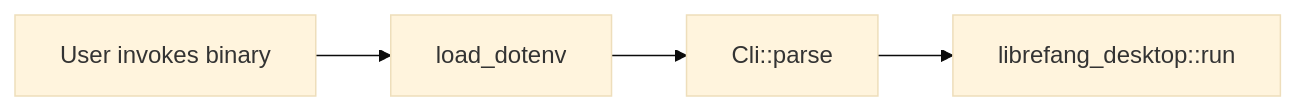
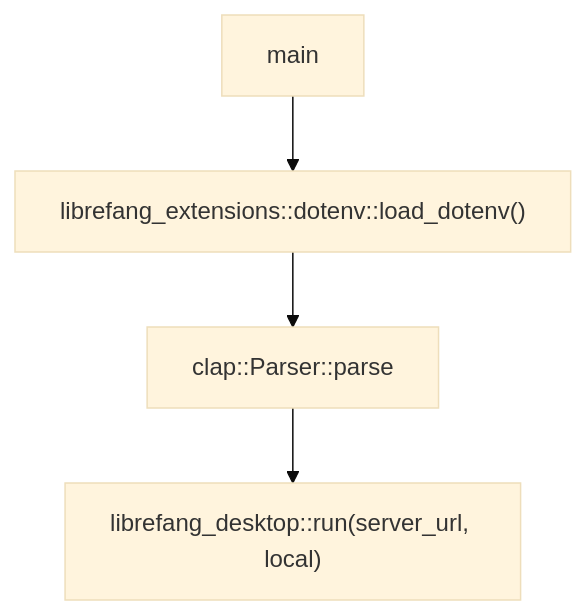
Before and after one commit to leszek3737/librefang-WIki: the diagram in other-librefang-desktop-src.md, drawn with Mermaid (base theme). The commit also changed other lines of this file and 125 other files, not shown here.

````diff
--- a/other-librefang-desktop-src.md
+++ b/other-librefang-desktop-src.md
@@ -11,6 +17,6 @@
 ```mermaid
-flowchart LR
-    A[User invokes binary] --> B[load_dotenv]
-    B --> C[Cli::parse]
-    C --> D[librefang_desktop::run]
+flowchart TD
+    A[main] --> B["librefang_extensions::dotenv::load_dotenv()"]
+    B --> C[clap::Parser::parse]
+    C --> D["librefang_desktop::run(server_url, local)"]
 ```
````
